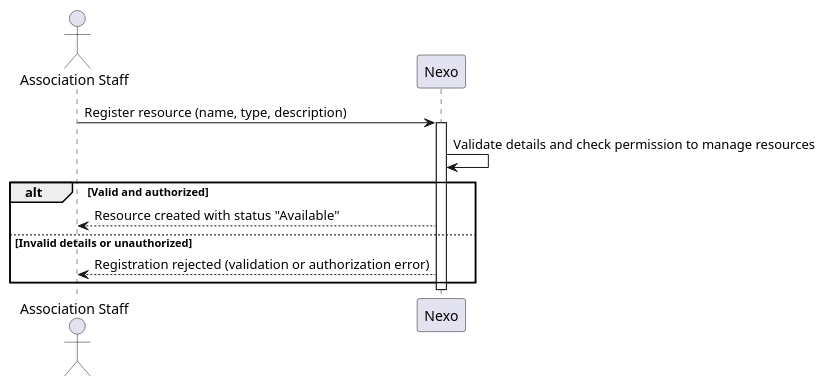
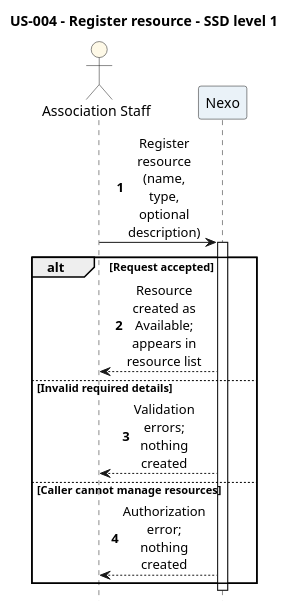
The diagram in docs/us/US-004/ssd/level-1/puml/US-004-level-1.puml (vscosousa/Nexo), drawn with PlantUML before and after one commit. The commit also changed 80 other files, not shown here.

Commit message:
docs: refresh documentation with current status and updated diagrams

```diff
--- a/docs/us/US-004/ssd/level-1/puml/US-004-level-1.puml
+++ b/docs/us/US-004/ssd/level-1/puml/US-004-level-1.puml
@@ -1,13 +1,25 @@
 @startuml
+title US-004 - Register resource - SSD level 1
+hide footbox
+skinparam shadowing false
+skinparam sequenceMessageAlign center
+skinparam maxMessageSize 75
+skinparam ParticipantBackgroundColor #EAF2F8
+skinparam ActorBackgroundColor #FEF9E7
+skinparam NoteBackgroundColor #FFF8DC
+autonumber
+
 actor "Association Staff" as Staff
 participant "Nexo" as System
-Staff -> System: Register resource (name, type, description)
+
+Staff -> System: Register resource (name, type, optional description)
 activate System
-System -> System: Validate details and check permission to manage resources
-alt Valid and authorized
-    System --> Staff: Resource created with status "Available"
-else Invalid details or unauthorized
-    System --> Staff: Registration rejected (validation or authorization error)
+alt Request accepted
+    System --> Staff: Resource created as Available; appears in resource list
+else Invalid required details
+    System --> Staff: Validation errors; nothing created
+else Caller cannot manage resources
+    System --> Staff: Authorization error; nothing created
 end
 deactivate System
 @enduml
```
